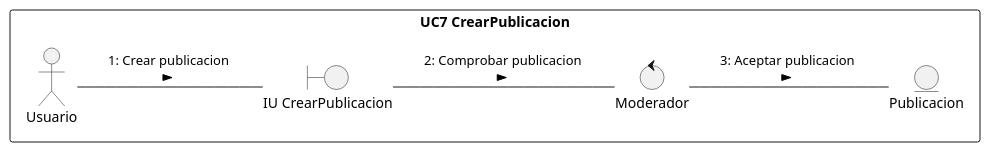
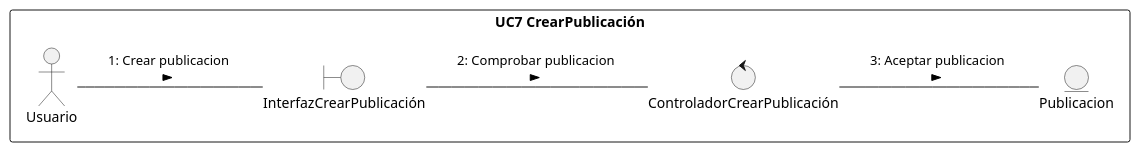
Before and after one commit to RolandoU548/Plataforma-Digital-IS: the diagram in docs/scenariosView/diagramas-de-colaboracion/DC7.plantuml, drawn with PlantUML. The commit also changed 15 other files, not shown here.

Commit message:
diagrama colaboracion

```diff
--- a/docs/scenariosView/diagramas-de-colaboracion/DC7.plantuml
+++ b/docs/scenariosView/diagramas-de-colaboracion/DC7.plantuml
@@ -1,30 +1,30 @@
-@startuml r11
+@startuml DC7
 /'
     Crear el diagrama de clases de análisis y de colaboración de los casos de uso prioritarios del proyecto.
 
     Para conseguir el diagrama de clases seguir los siguientes pasos:
 
     1. Identificar las clases Entidad (Modelo)
     2. Identificar las clases Interfaz (Vista)
     3. Identificar las clases Control (Controlador)
     4. Identificar las relaciones entre estas clases
     
     Este diagrama debe ser específico de un caso de uso y las clases deben ser representadas con sus estereotipos.
     
     Para conseguir el diagrama de colaboración, identifique las relaciones (enlaces) entre los objetos y los requerimientos (mensajes) sobre cada objeto involucrado en la descripción del caso de uso.
 '/
 left to right direction
 
-rectangle "UC7 CrearPublicacion"{
+rectangle "UC7 CrearPublicación"{
     actor Usuario 
     entity Publicacion as e1
-    boundary "IU CrearPublicacion" as i1
-    control "Moderador" as c1
+    boundary "InterfazCrearPublicación" as i1
+    control "ControladorCrearPublicación" as c1
 }
 Usuario -- i1 : "1: Crear publicacion \n >"
 i1 -- c1 : "2: Comprobar publicacion \n >"
 c1 -- e1 : "3: Aceptar publicacion \n >" 
 
 
 
 @enduml
```
